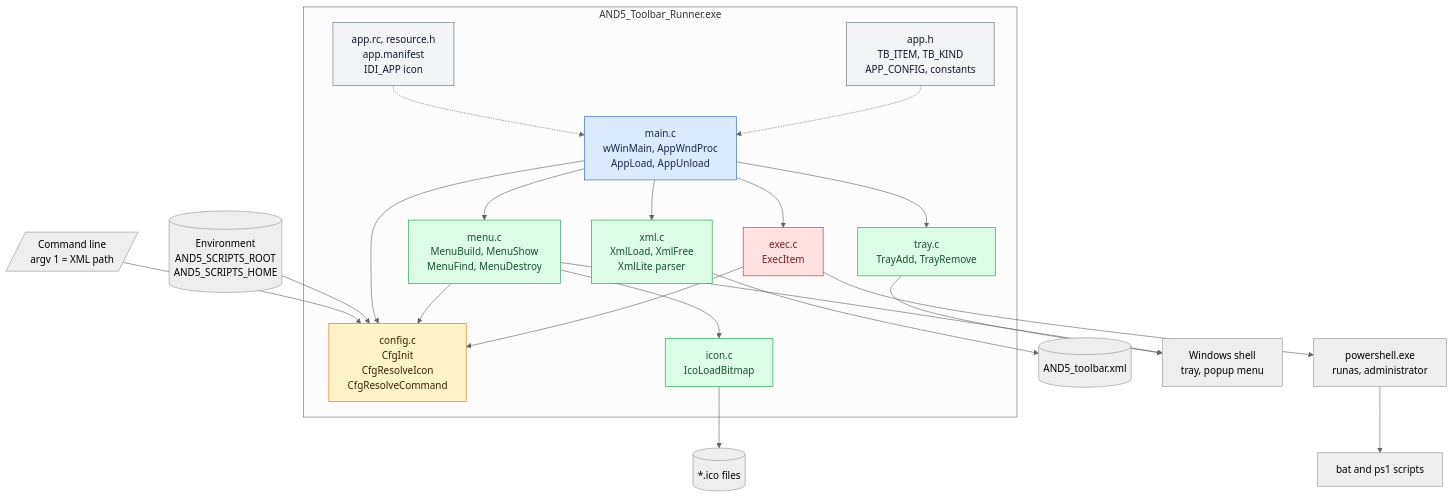
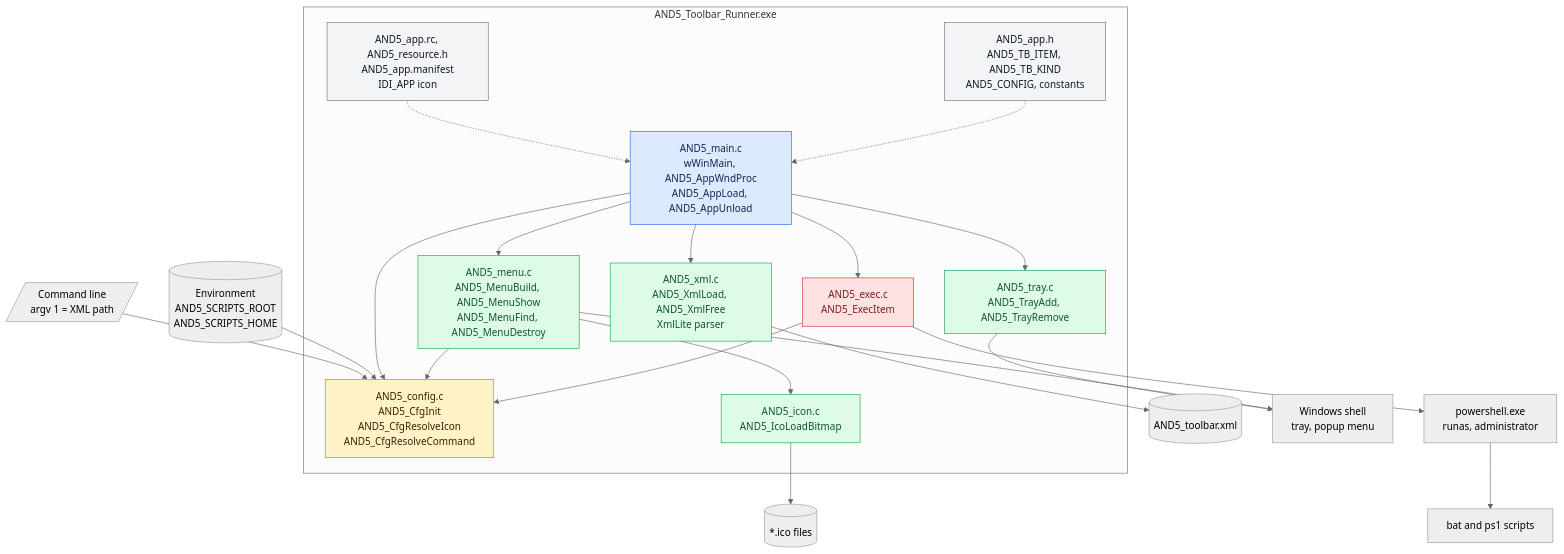
One commit to AndreyNaralchuk/AND5_Toolbar_Runner changed the first of 3 diagrams in README.md. Above: the diagram before and after it, drawn with Mermaid (neutral theme). The commit also changed other lines of this file and 10 other files, not shown here.

````diff
--- a/README.md
+++ b/README.md
@@ -149,52 +149,52 @@
 ```mermaid
 flowchart TD
     ENV[("Environment<br/>AND5_SCRIPTS_ROOT<br/>AND5_SCRIPTS_HOME")]
     ARG[/"Command line<br/>argv 1 = XML path"/]
     XMLF[("AND5_toolbar.xml")]
     ICO[("*.ico files")]
 
     subgraph EXE["AND5_Toolbar_Runner.exe"]
-        MAIN["main.c<br/>wWinMain, AppWndProc<br/>AppLoad, AppUnload"]
-        CFG["config.c<br/>CfgInit<br/>CfgResolveIcon<br/>CfgResolveCommand"]
-        XML["xml.c<br/>XmlLoad, XmlFree<br/>XmlLite parser"]
-        MENU["menu.c<br/>MenuBuild, MenuShow<br/>MenuFind, MenuDestroy"]
-        ICON["icon.c<br/>IcoLoadBitmap"]
-        TRAY["tray.c<br/>TrayAdd, TrayRemove"]
-        EXEC["exec.c<br/>ExecItem"]
-        APP["app.h<br/>TB_ITEM, TB_KIND<br/>APP_CONFIG, constants"]
-        RES["app.rc, resource.h<br/>app.manifest<br/>IDI_APP icon"]
+        MAIN["AND5_main.c<br/>wWinMain, AND5_AppWndProc<br/>AND5_AppLoad, AND5_AppUnload"]
+        CFG["AND5_config.c<br/>AND5_CfgInit<br/>AND5_CfgResolveIcon<br/>AND5_CfgResolveCommand"]
+        XML["AND5_xml.c<br/>AND5_XmlLoad, AND5_XmlFree<br/>XmlLite parser"]
+        MENU["AND5_menu.c<br/>AND5_MenuBuild, AND5_MenuShow<br/>AND5_MenuFind, AND5_MenuDestroy"]
+        ICON["AND5_icon.c<br/>AND5_IcoLoadBitmap"]
+        TRAY["AND5_tray.c<br/>AND5_TrayAdd, AND5_TrayRemove"]
+        EXEC["AND5_exec.c<br/>AND5_ExecItem"]
+        APP["AND5_app.h<br/>AND5_TB_ITEM, AND5_TB_KIND<br/>AND5_CONFIG, constants"]
+        RES["AND5_app.rc, AND5_resource.h<br/>AND5_app.manifest<br/>IDI_APP icon"]
     end
 
     PS["powershell.exe<br/>runas, administrator"]
     SCR["bat and ps1 scripts"]
     SHELL["Windows shell<br/>tray, popup menu"]
 
     ARG --> CFG
     ENV --> CFG
     MAIN --> CFG
     MAIN --> XML
     MAIN --> MENU
     MAIN --> TRAY
     MAIN --> EXEC
     XML --> XMLF
     MENU --> ICON
     MENU --> CFG
     ICON --> ICO
     EXEC --> CFG
     EXEC --> PS
     PS --> SCR
     TRAY --> SHELL
     MENU --> SHELL
     RES -.-> MAIN
     APP -.-> MAIN
 
     style MAIN fill:#DBEAFE,stroke:#2563EB,color:#172554
     style CFG fill:#FEF3C7,stroke:#D97706,color:#422006
     style XML fill:#DCFCE7,stroke:#16A34A,color:#14532D
     style MENU fill:#DCFCE7,stroke:#16A34A,color:#14532D
     style ICON fill:#DCFCE7,stroke:#16A34A,color:#14532D
     style TRAY fill:#DCFCE7,stroke:#16A34A,color:#14532D
     style EXEC fill:#FEE2E2,stroke:#DC2626,color:#7F1D1D
     style APP fill:#F3F4F6,stroke:#6B7280,color:#111827
     style RES fill:#F3F4F6,stroke:#6B7280,color:#111827
 ```
````
